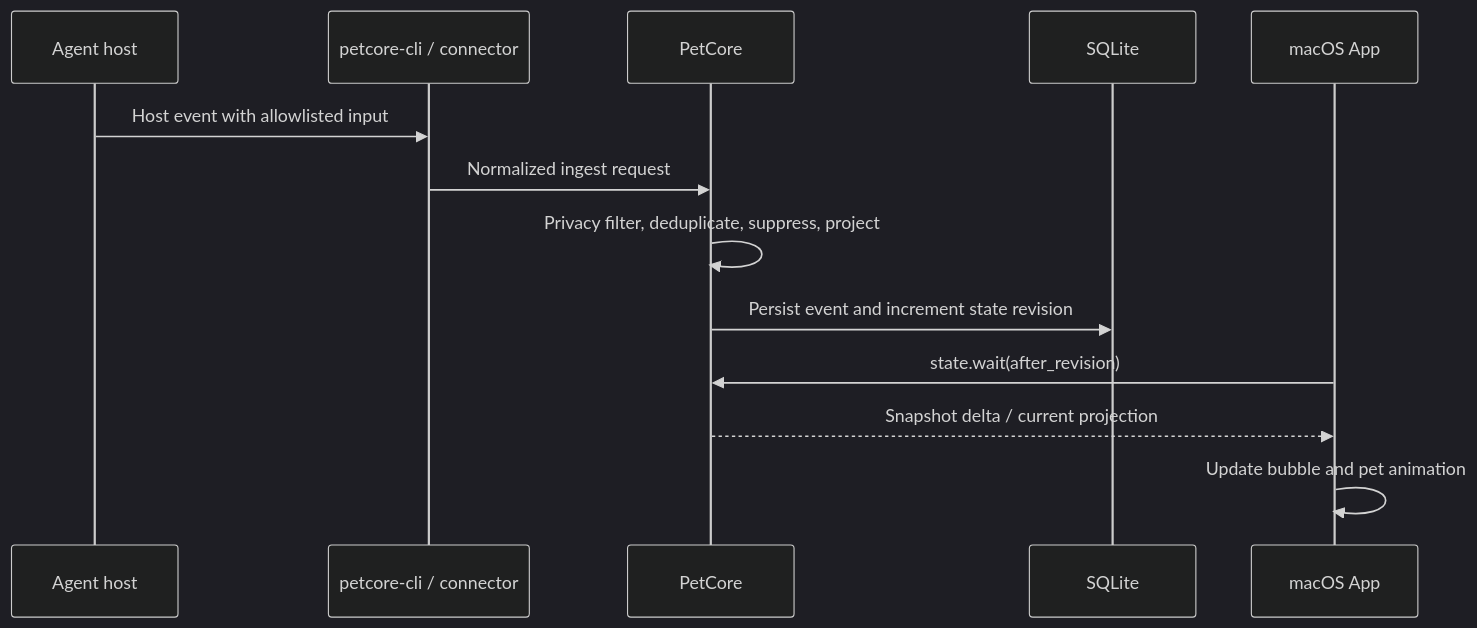
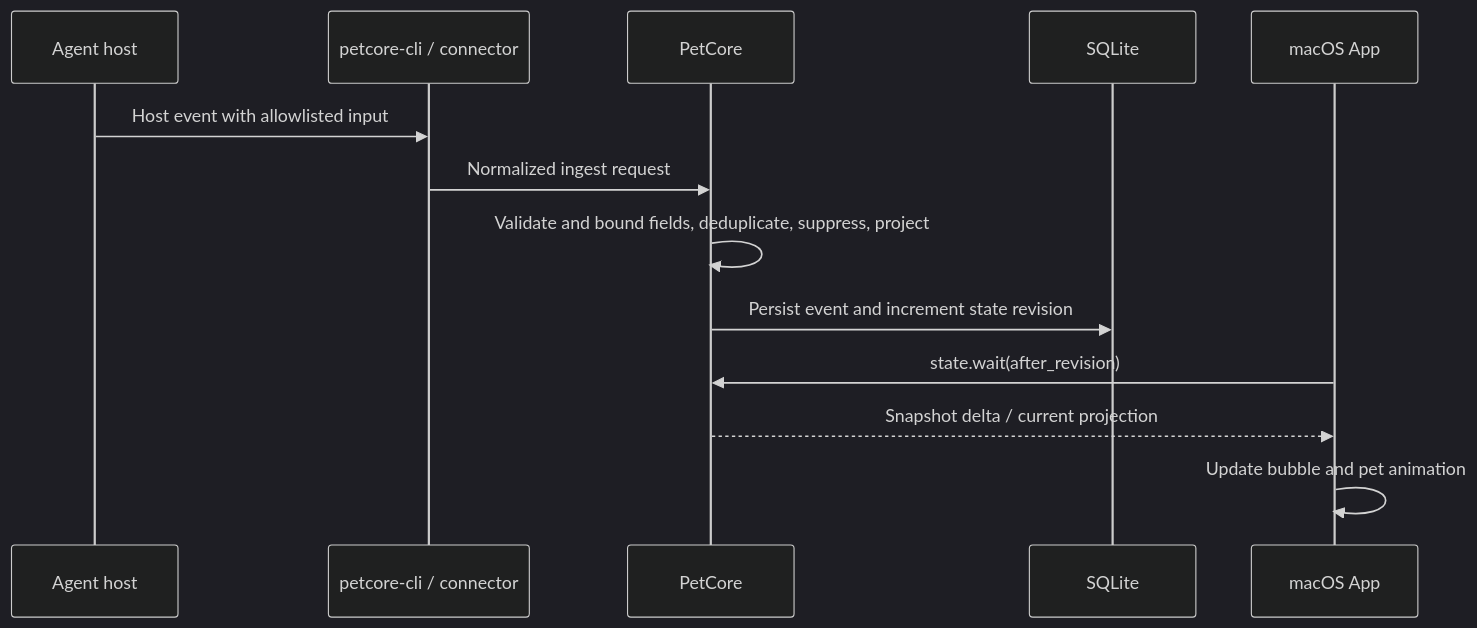
One commit to xjxtree/agent-pet-companion changed the second of 2 diagrams in docs/architecture/overview.md. Above: the diagram before and after it, drawn with Mermaid (dark theme). The commit also changed other lines of this file and 107 other files, not shown here.

````diff
--- a/docs/architecture/overview.md
+++ b/docs/architecture/overview.md
@@ -55,15 +57,15 @@
 ```mermaid
 sequenceDiagram
     participant H as Agent host
     participant C as petcore-cli / connector
     participant P as PetCore
     participant D as SQLite
     participant A as macOS App
     H->>C: Host event with allowlisted input
     C->>P: Normalized ingest request
-    P->>P: Privacy filter, deduplicate, suppress, project
+    P->>P: Validate and bound fields, deduplicate, suppress, project
     P->>D: Persist event and increment state revision
     A->>P: state.wait(after_revision)
     P-->>A: Snapshot delta / current projection
     A->>A: Update bubble and pet animation
 ```
````
